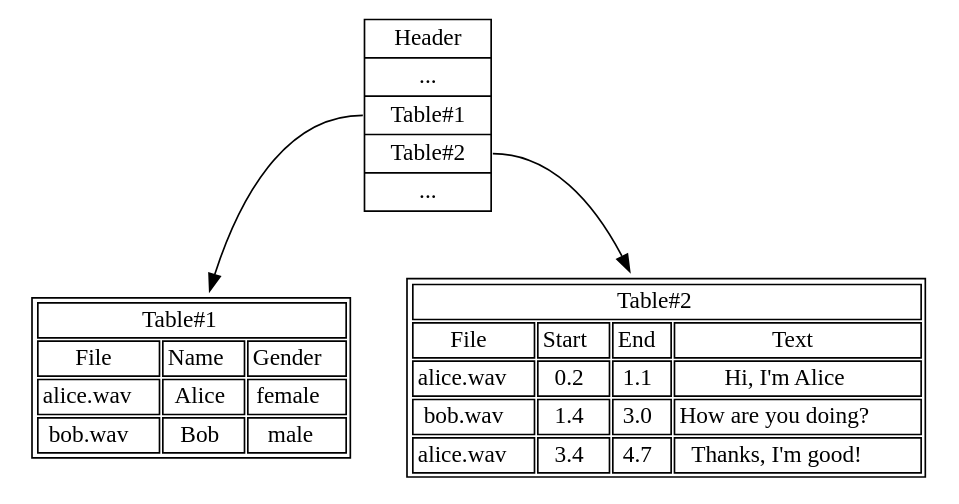
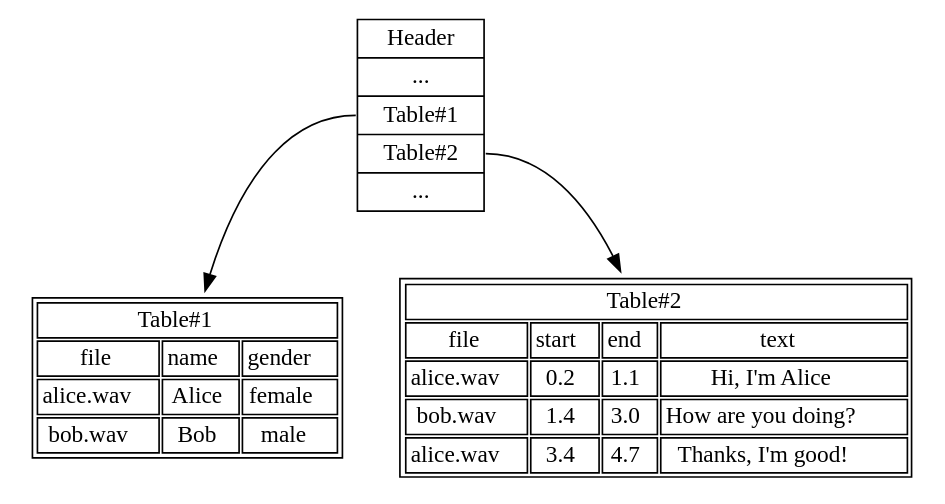
The diagram in docs/pics/audformat-database.dot (audeering/audformat), drawn with Graphviz before and after one commit. The commit also changed 2 other files, not shown here.

```diff
--- a/docs/pics/audformat-database.dot
+++ b/docs/pics/audformat-database.dot
@@ -1,34 +1,34 @@
 digraph {
 
   node[shape=plaintext]
 
   header [
     shape=record
     label="{ Header | ... | <tbl1> Table#1 | <tbl2> Table#2 | ... }"
   ]
 
   tbl1 [
     label=<
       <table>
         <tr><td colspan='3'>Table#1</td></tr>
-        <tr><td>File</td><td>Name</td><td>Gender</td></tr>
+        <tr><td>file</td><td>name</td><td>gender</td></tr>
         <tr><td>alice.wav</td><td>Alice</td><td>female</td></tr>
         <tr><td>bob.wav</td><td>Bob</td><td>male</td></tr>
       </table>
     >]
 
   tbl2 [
     label=<
       <table>
         <tr><td colspan='4'>Table#2</td></tr>
-        <tr><td>File</td><td>Start</td><td>End</td><td>Text</td></tr>
+        <tr><td>file</td><td>start</td><td>end</td><td>text</td></tr>
         <tr><td>alice.wav</td><td>0.2</td><td>1.1</td><td>Hi, I'm Alice</td></tr>
         <tr><td>bob.wav</td><td>1.4</td><td>3.0</td><td>How are you doing?</td></tr>
         <tr><td>alice.wav</td><td>3.4</td><td>4.7</td><td>Thanks, I'm good!</td></tr>
       </table>
     >]
 
     header:tbl1 -> tbl1
     header:tbl2 -> tbl2
 
 }
```
